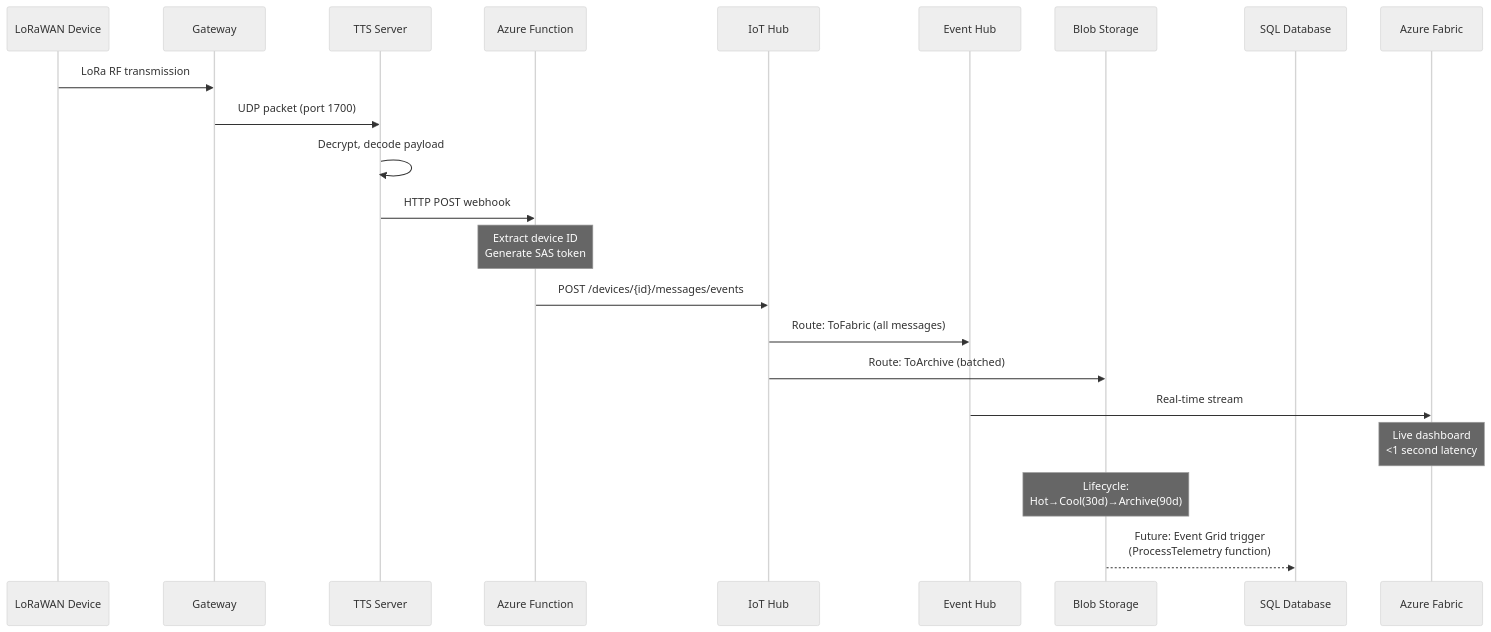
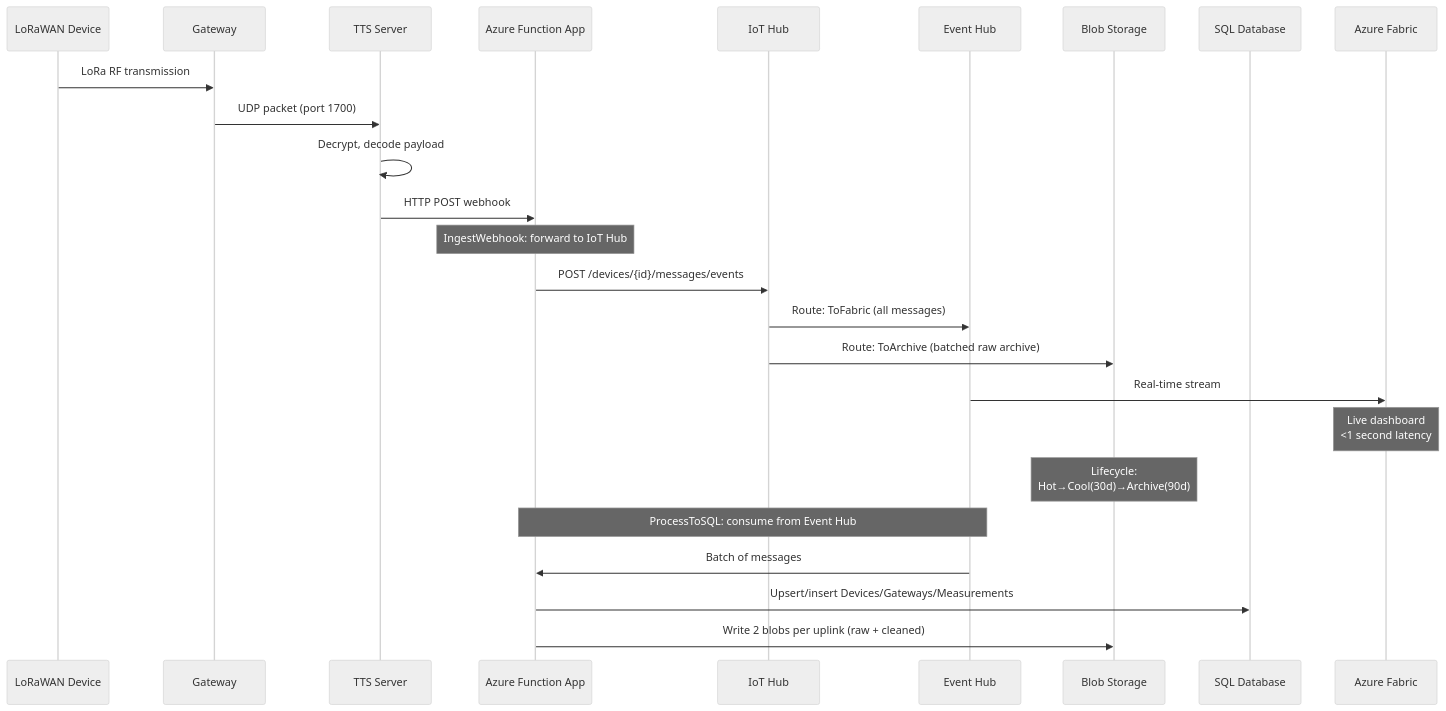
One commit to blueflightx7/thethingsstack-on-azure changed the second of 2 diagrams in docs/deploy/integration-deployment.md. Above: the diagram before and after it, drawn with Mermaid (neutral theme). The commit also changed other lines of this file and 41 other files, not shown here.

````diff
--- a/docs/deploy/integration-deployment.md
+++ b/docs/deploy/integration-deployment.md
@@ -233,29 +233,32 @@
 ```mermaid
 sequenceDiagram
     participant Device as LoRaWAN Device
     participant GW as Gateway
     participant TTS as TTS Server
-    participant Func as Azure Function
+    participant Func as Azure Function App
     participant IoT as IoT Hub
     participant EH as Event Hub
     participant Blob as Blob Storage
     participant SQL as SQL Database
     participant Fabric as Azure Fabric
     
     Device->>GW: LoRa RF transmission
     GW->>TTS: UDP packet (port 1700)
     TTS->>TTS: Decrypt, decode payload
     TTS->>Func: HTTP POST webhook
-    Note over Func: Extract device ID<br/>Generate SAS token
+    Note over Func: IngestWebhook: forward to IoT Hub
     Func->>IoT: POST /devices/{id}/messages/events
     
     IoT->>EH: Route: ToFabric (all messages)
-    IoT->>Blob: Route: ToArchive (batched)
+    IoT->>Blob: Route: ToArchive (batched raw archive)
     
     EH->>Fabric: Real-time stream
     Note over Fabric: Live dashboard<br/><1 second latency
     
     Note over Blob: Lifecycle:<br/>Hot→Cool(30d)→Archive(90d)
-    
-    Blob-->>SQL: Future: Event Grid trigger<br/>(ProcessTelemetry function)
+
+    Note over EH,Func: ProcessToSQL: consume from Event Hub
+    EH->>Func: Batch of messages
+    Func->>SQL: Upsert/insert Devices/Gateways/Measurements
+    Func->>Blob: Write 2 blobs per uplink (raw + cleaned)
 ```
````
